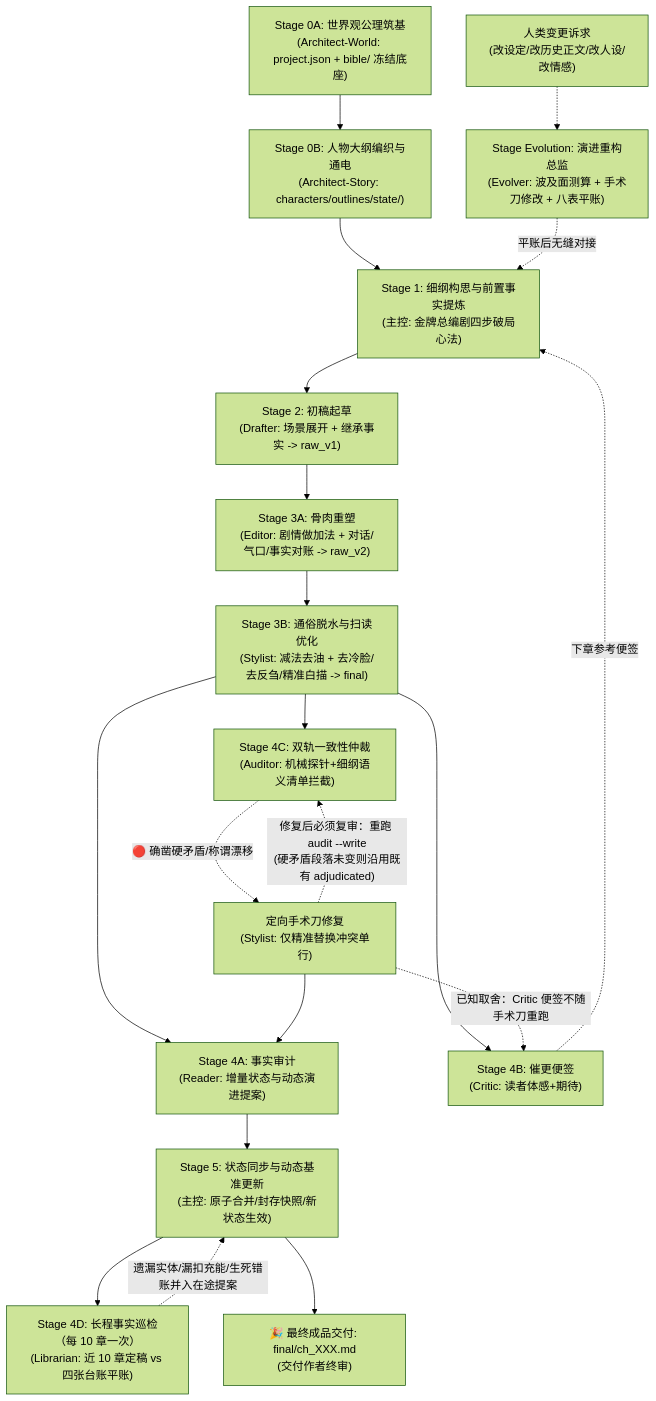
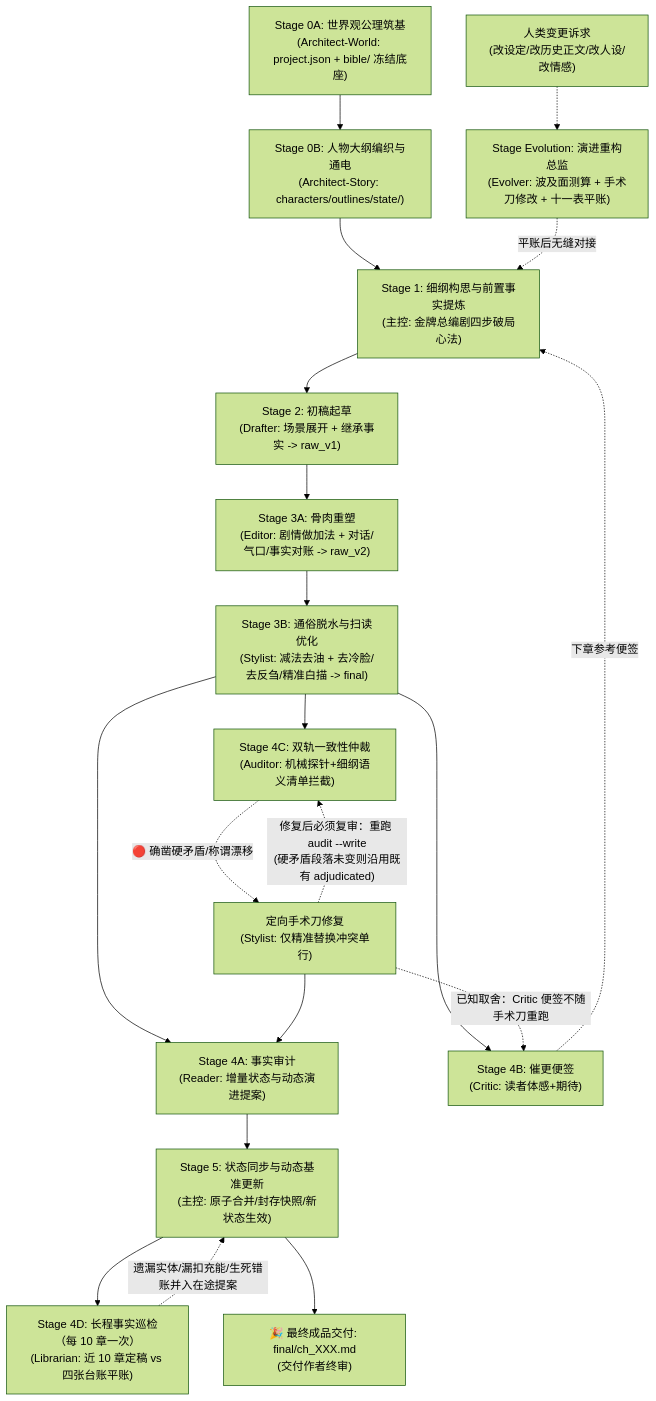
The diagram in AGENTS.md (cg110902/NOVEL), drawn with Mermaid (forest theme) before and after one commit. The commit also changed other lines of this file and 13 other files, not shown here.

````diff
--- a/AGENTS.md
+++ b/AGENTS.md
@@ -67,23 +67,23 @@
 ```mermaid
 graph TD
     S0A["Stage 0A: 世界观公理筑基<br/>(Architect-World: project.json + bible/ 冻结底座)"] --> S0B["Stage 0B: 人物大纲编织与通电<br/>(Architect-Story: characters/outlines/state/)"]
     S0B --> S1["Stage 1: 细纲构思与前置事实提炼<br/>(主控: 金牌总编剧四步破局心法)"]
     S1 --> S2["Stage 2: 初稿起草<br/>(Drafter: 场景展开 + 继承事实 -> raw_v1)"]
     S2 --> S3A["Stage 3A: 骨肉重塑<br/>(Editor: 剧情做加法 + 对话/气口/事实对账 -> raw_v2)"]
     S3A --> S3B["Stage 3B: 通俗脱水与扫读优化<br/>(Stylist: 减法去油 + 去冷脸/去反刍/精准白描 -> final)"]
     S3B --> S4A["Stage 4A: 事实审计<br/>(Reader: 增量状态与动态演进提案)"]
     S3B --> S4B["Stage 4B: 催更便签<br/>(Critic: 读者体感+期待)"]
     S3B --> S4C["Stage 4C: 双轨一致性仲裁<br/>(Auditor: 机械探针+细纲语义清单拦截)"]
     S4C -. "🔴 确凿硬矛盾/称谓漂移" .-> S4Patch["定向手术刀修复<br/>(Stylist: 仅精准替换冲突单行)"]
     S4Patch -. "修复后必须复审：重跑 audit --write<br/>(硬矛盾段落未变则沿用既有 adjudicated)" .-> S4C
     S4Patch --> S4A
     S4A --> S5["Stage 5: 状态同步与动态基准更新<br/>(主控: 原子合并/封存快照/新状态生效)"]
     S5 --> S4D["Stage 4D: 长程事实巡检（每 10 章一次）<br/>(Librarian: 近 10 章定稿 vs 四张台账平账)"]
     S4D -. "遗漏实体/漏扣充能/生死错账并入在途提案" .-> S5
     S4Patch -. "已知取舍：Critic 便签不随手术刀重跑" .-> S4B
     S4B -. "下章参考便签" .-> S1
     S5 --> S6["🎉 最终成品交付: final/ch_XXX.md<br/>(交付作者终审)"]
 
-    UserChange["人类变更诉求<br/>(改设定/改历史正文/改人设/改情感)"] -.-> SEvolution["Stage Evolution: 演进重构总监<br/>(Evolver: 波及面测算 + 手术刀修改 + 八表平账)"]
+    UserChange["人类变更诉求<br/>(改设定/改历史正文/改人设/改情感)"] -.-> SEvolution["Stage Evolution: 演进重构总监<br/>(Evolver: 波及面测算 + 手术刀修改 + 十一表平账)"]
     SEvolution -. "平账后无缝对接" .-> S1
 ```
````
